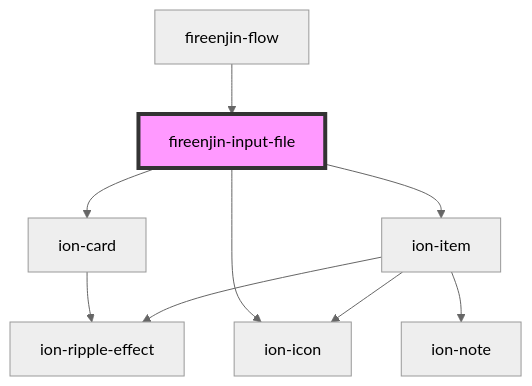
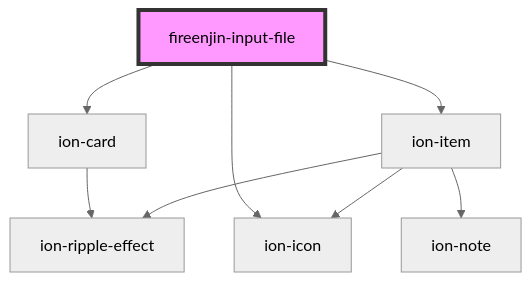
Before and after one commit to FireEnjin/Components: the diagram in src/components/input-file/readme.md, drawn with Mermaid (neutral theme). The commit also changed other lines of this file and 18 other files, not shown here.

````diff
--- a/src/components/input-file/readme.md
+++ b/src/components/input-file/readme.md
@@ -59,12 +55,11 @@
 ```mermaid
 graph TD;
   fireenjin-input-file --> ion-card
   fireenjin-input-file --> ion-item
   fireenjin-input-file --> ion-icon
   ion-card --> ion-ripple-effect
   ion-item --> ion-icon
   ion-item --> ion-ripple-effect
   ion-item --> ion-note
-  fireenjin-flow --> fireenjin-input-file
   style fireenjin-input-file fill:#f9f,stroke:#333,stroke-width:4px
 ```
````
